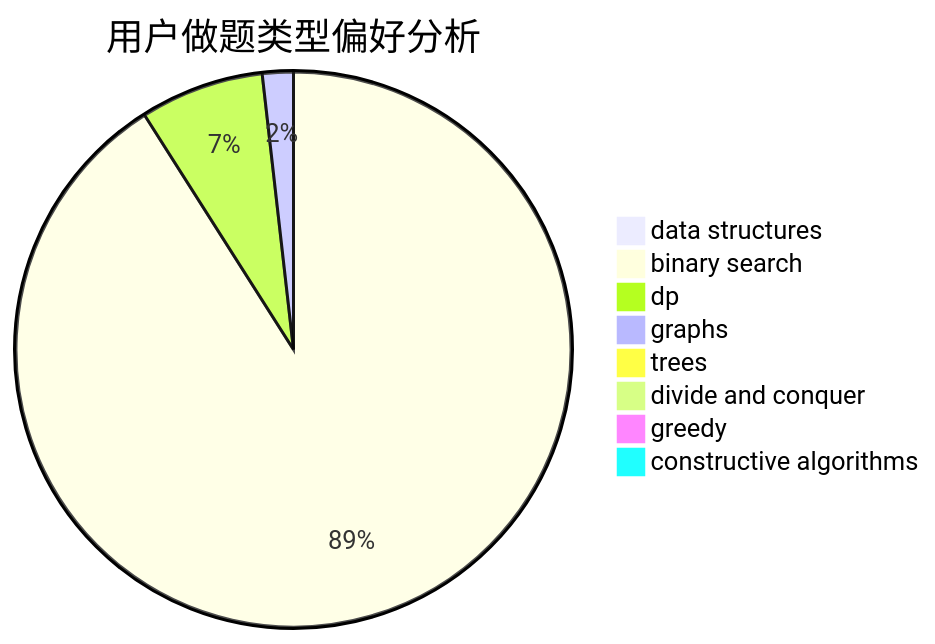
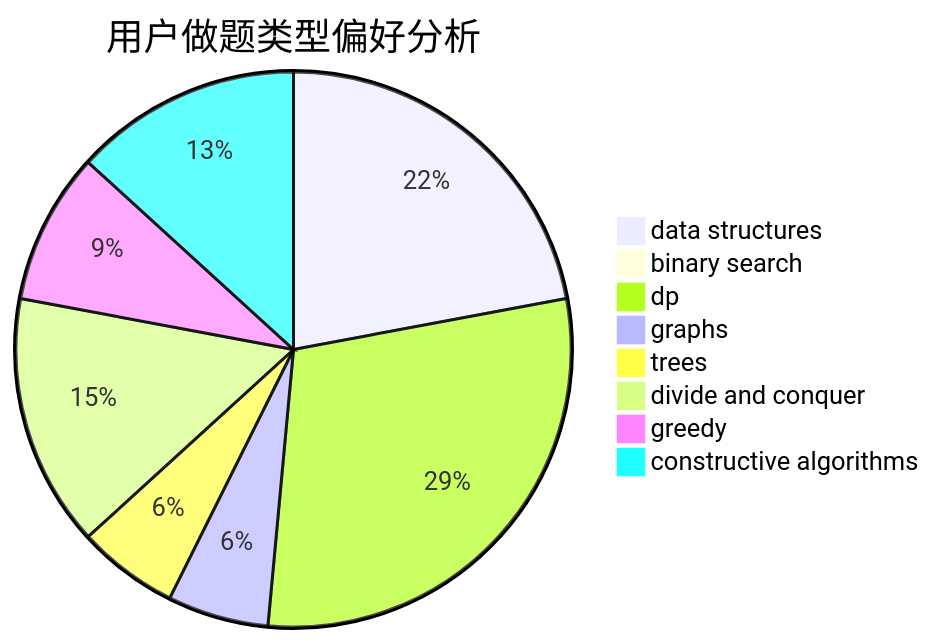
One commit to sherpahu/cfrs.github.io changed the second of 3 diagrams in docs/user/u2661.md. Above: the diagram before and after it, drawn with Mermaid. The commit also changed other lines of this file and 2770 other files, not shown here.

````diff
--- a/docs/user/u2661.md
+++ b/docs/user/u2661.md
@@ -23,11 +23,11 @@
 ```mermaid
 pie title 用户做题类型偏好分析
-    "data structures" :  0
-    "binary search" :  202
-    "dp" :  16
+    "data structures" :  15
+    "binary search" :  0
+    "dp" :  20
     "graphs" :  4
-    "trees" :  2
-    "divide and conquer" :  0
-    "greedy" :  2
-    "constructive algorithms" :  1
+    "trees" :  4
+    "divide and conquer" :  10
+    "greedy" :  6
+    "constructive algorithms" :  9
 ```
````
